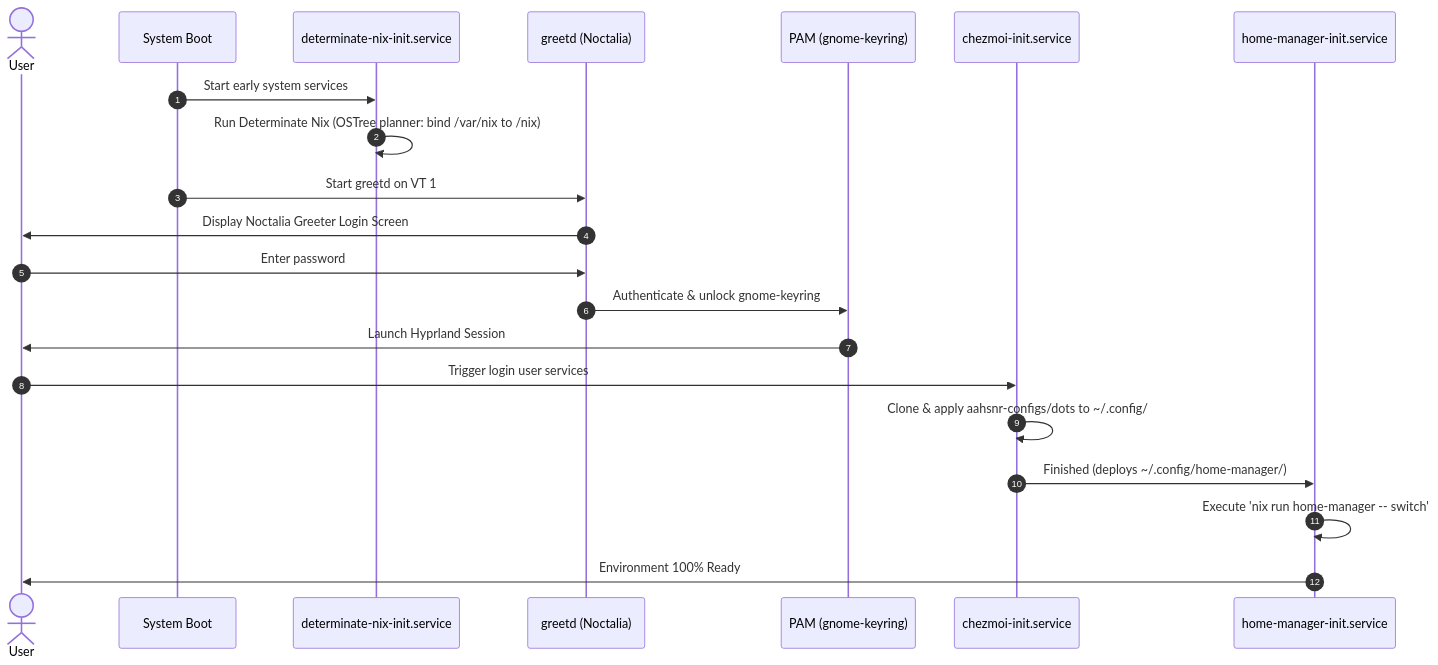
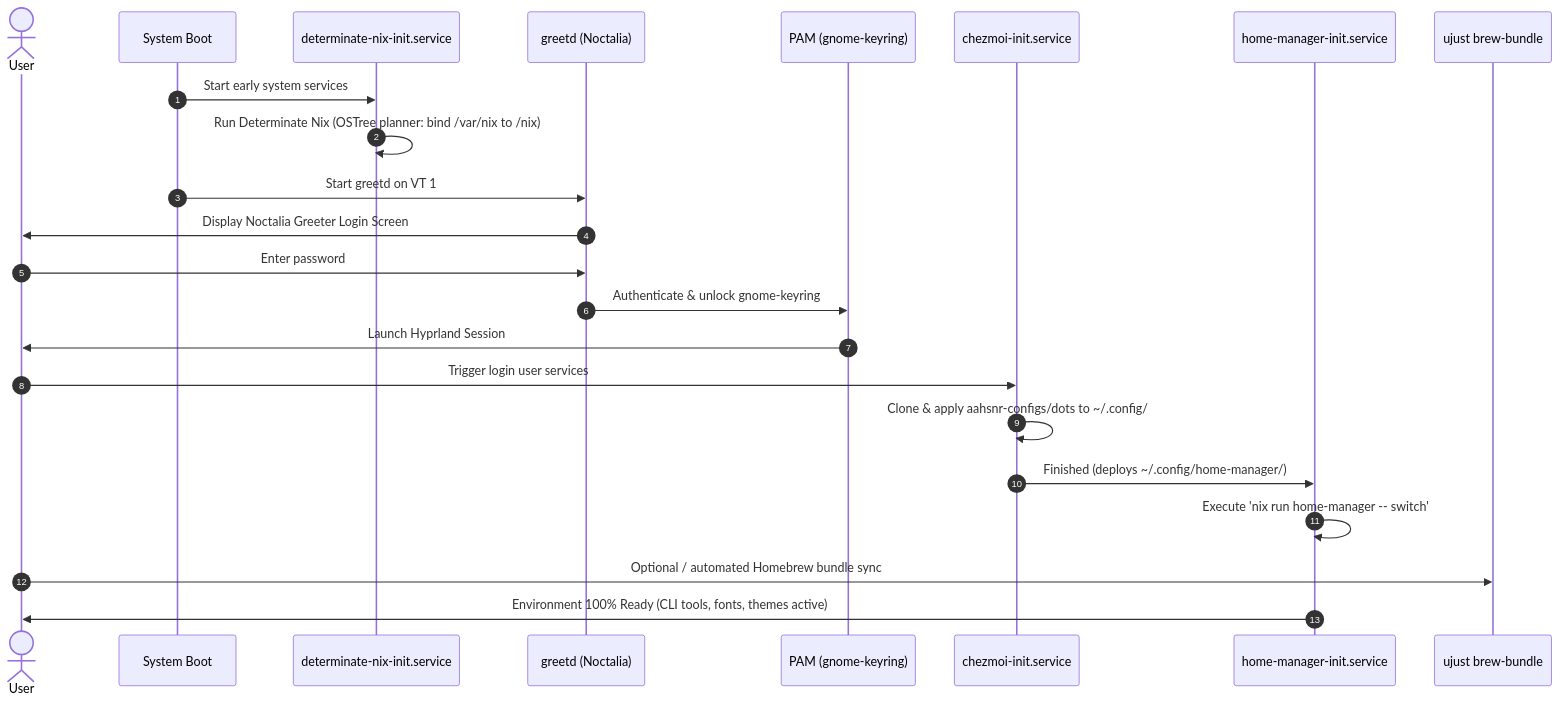
Before and after one commit to aahsnr-work/bazzite-hyprland: the second of 2 diagrams in README.md, drawn with Mermaid. The commit also changed other lines of this file and 3 other files, not shown here.

````diff
--- a/README.md
+++ b/README.md
@@ -236,24 +284,26 @@
 ```mermaid
 sequenceDiagram
     autonumber
     actor User
     participant Boot as System Boot
     participant NixService as determinate-nix-init.service
     participant Greetd as greetd (Noctalia)
     participant PAM as PAM (gnome-keyring)
     participant Chezmoi as chezmoi-init.service
     participant HM as home-manager-init.service
+    participant Brew as ujust brew-bundle
 
     Boot->>NixService: Start early system services
     NixService->>NixService: Run Determinate Nix (OSTree planner: bind /var/nix to /nix)
     Boot->>Greetd: Start greetd on VT 1
     Greetd->>User: Display Noctalia Greeter Login Screen
     User->>Greetd: Enter password
     Greetd->>PAM: Authenticate & unlock gnome-keyring
     PAM->>User: Launch Hyprland Session
     User->>Chezmoi: Trigger login user services
     Chezmoi->>Chezmoi: Clone & apply aahsnr-configs/dots to ~/.config/
     Chezmoi->>HM: Finished (deploys ~/.config/home-manager/)
     HM->>HM: Execute 'nix run home-manager -- switch'
-    HM->>User: Environment 100% Ready
+    User->>Brew: Optional / automated Homebrew bundle sync
+    HM->>User: Environment 100% Ready (CLI tools, fonts, themes active)
 ```
````
